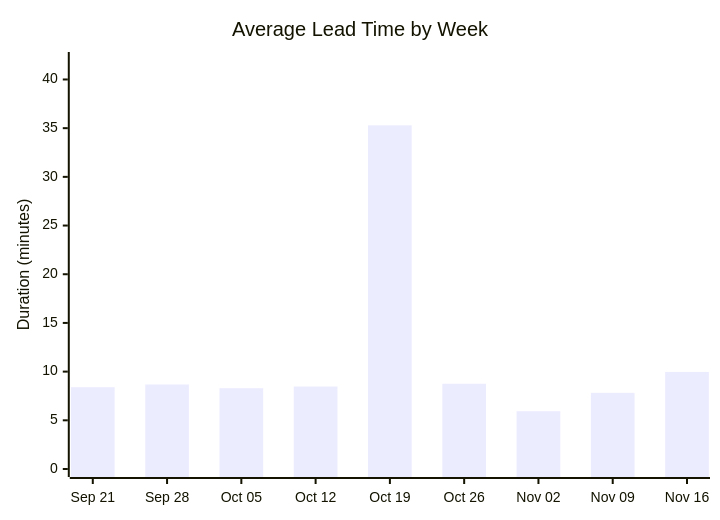
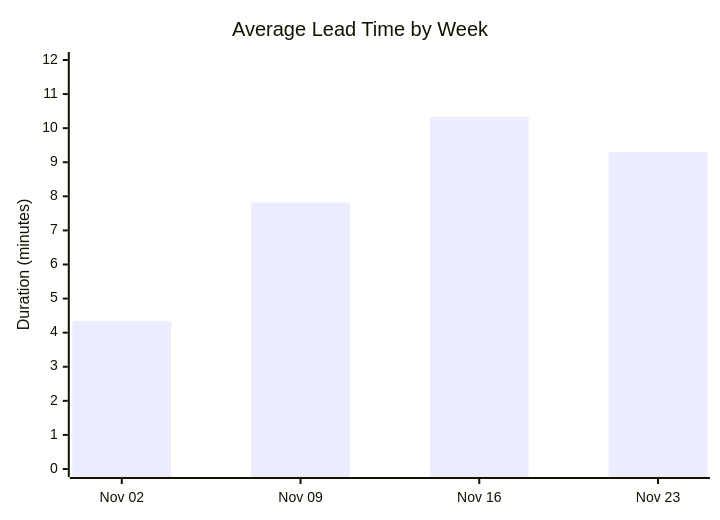
One commit to ukma-cs-ssdm-2025/rate-ukma changed the second of 4 diagrams in docs/ci-cd/dora-summary.md. Above: the diagram before and after it, drawn with Mermaid. The commit also changed other lines of this file, not shown here.

````diff
--- a/docs/ci-cd/dora-summary.md
+++ b/docs/ci-cd/dora-summary.md
@@ -30,7 +31,7 @@
 ```mermaid
 xychart-beta
     title "Average Lead Time by Week"
-    x-axis ["Sep 21", "Sep 28", "Oct 05", "Oct 12", "Oct 19", "Oct 26", "Nov 02", "Nov 09", "Nov 16"]
-    y-axis "Duration (minutes)" 0 --> 42
-    bar [8.40, 8.68, 8.30, 8.47, 35.29, 8.75, 5.94, 7.82, 9.97]
+    x-axis ["Nov 02", "Nov 09", "Nov 16", "Nov 23"]
+    y-axis "Duration (minutes)" 0 --> 12
+    bar [4.34, 7.82, 10.33, 9.30]
 ```
````
